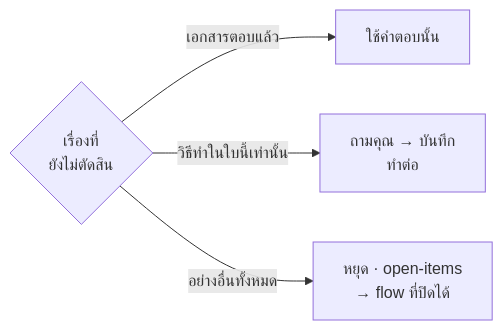
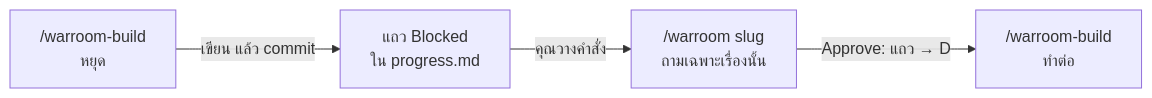
The fourth of 5 diagrams in docs/flow.th.md (mousemouse094526/kiki-kit), drawn with Mermaid before and after one commit. The commit also changed other lines of this file and 27 other files, not shown here.

First line of the commit message:
refactor(warroom)!: three skills, few big tickets, one progress file

````diff
--- a/docs/flow.th.md
+++ b/docs/flow.th.md
@@ -199,11 +122,11 @@
 ```mermaid
 flowchart LR
-    X{"เรื่องที่<br/>ยังไม่ตัดสิน"}
-    U["ใช้คำตอบนั้น"]
-    A["ถามคุณ → บันทึก<br/>ทำต่อ"]
-    S["หยุด · open-items<br/>→ flow ที่ปิดได้"]
+    B["/warroom-build<br/>หยุด"]
+    BL["แถว Blocked<br/>ใน progress.md"]
+    W["/warroom slug<br/>ถามเฉพาะเรื่องนั้น"]
+    B2["/warroom-build<br/>ทำต่อ"]
 
-    X -->|เอกสารตอบแล้ว| U
-    X -->|วิธีทำในใบนี้เท่านั้น| A
-    X -->|อย่างอื่นทั้งหมด| S
+    B -->|เขียน แล้ว commit| BL
+    BL -->|คุณวางคำสั่ง| W
+    W -->|Approve: แถว → D| B2
 ```
````
